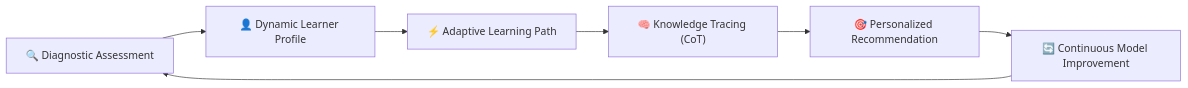
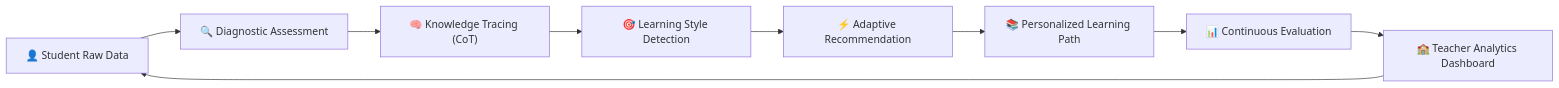
One commit to litera-intelligence/.github changed the second of 3 diagrams in README.md. Above: the diagram before and after it, drawn with Mermaid. The commit also changed other lines of this file, not shown here.

````diff
--- a/README.md
+++ b/README.md
@@ -130,9 +186,11 @@
 ```mermaid
 flowchart LR
-    A["🔍 Diagnostic Assessment"] --> B["👤 Dynamic Learner Profile"]
-    B --> C["⚡ Adaptive Learning Path"]
-    C --> D["🧠 Knowledge Tracing (CoT)"]
-    D --> E["🎯 Personalized Recommendation"]
-    E --> F["🔄 Continuous Model Improvement"]
-    F --> A
+    A["👤 Student Raw Data"] --> B["🔍 Diagnostic Assessment"]
+    B --> C["🧠 Knowledge Tracing (CoT)"]
+    C --> D["🎯 Learning Style Detection"]
+    D --> E["⚡ Adaptive Recommendation"]
+    E --> F["📚 Personalized Learning Path"]
+    F --> G["📊 Continuous Evaluation"]
+    G --> H["🏫 Teacher Analytics Dashboard"]
+    H --> A
 ```
````
